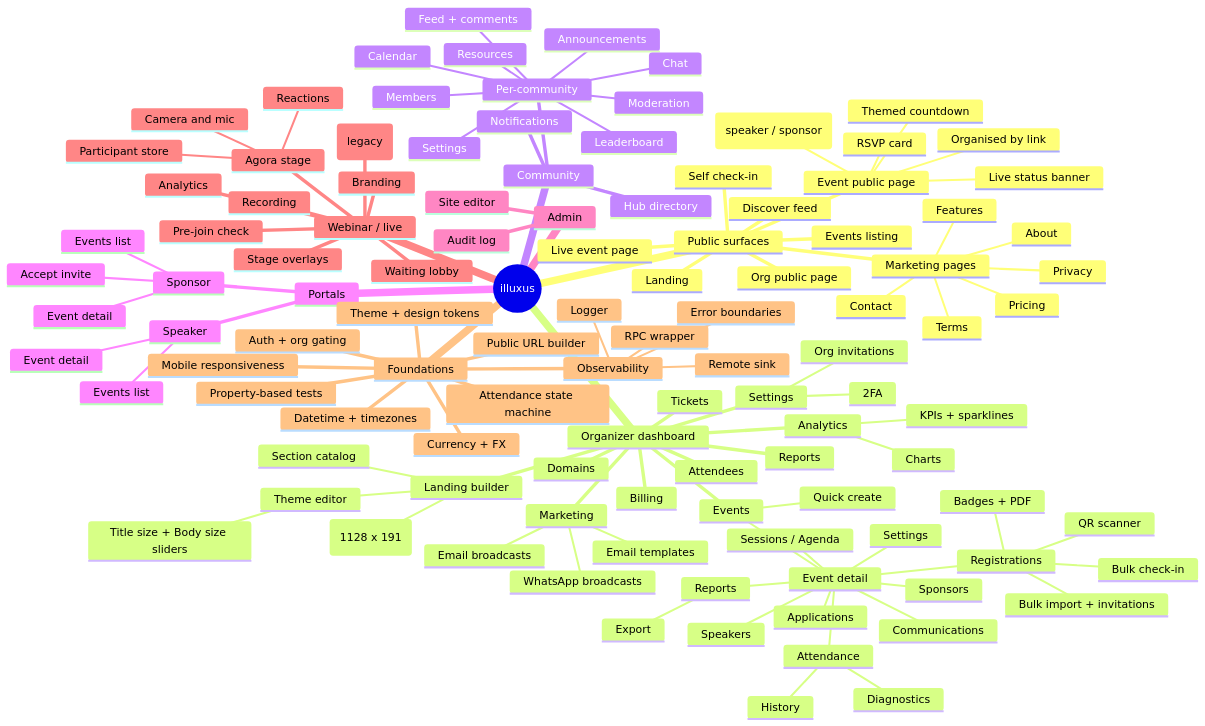
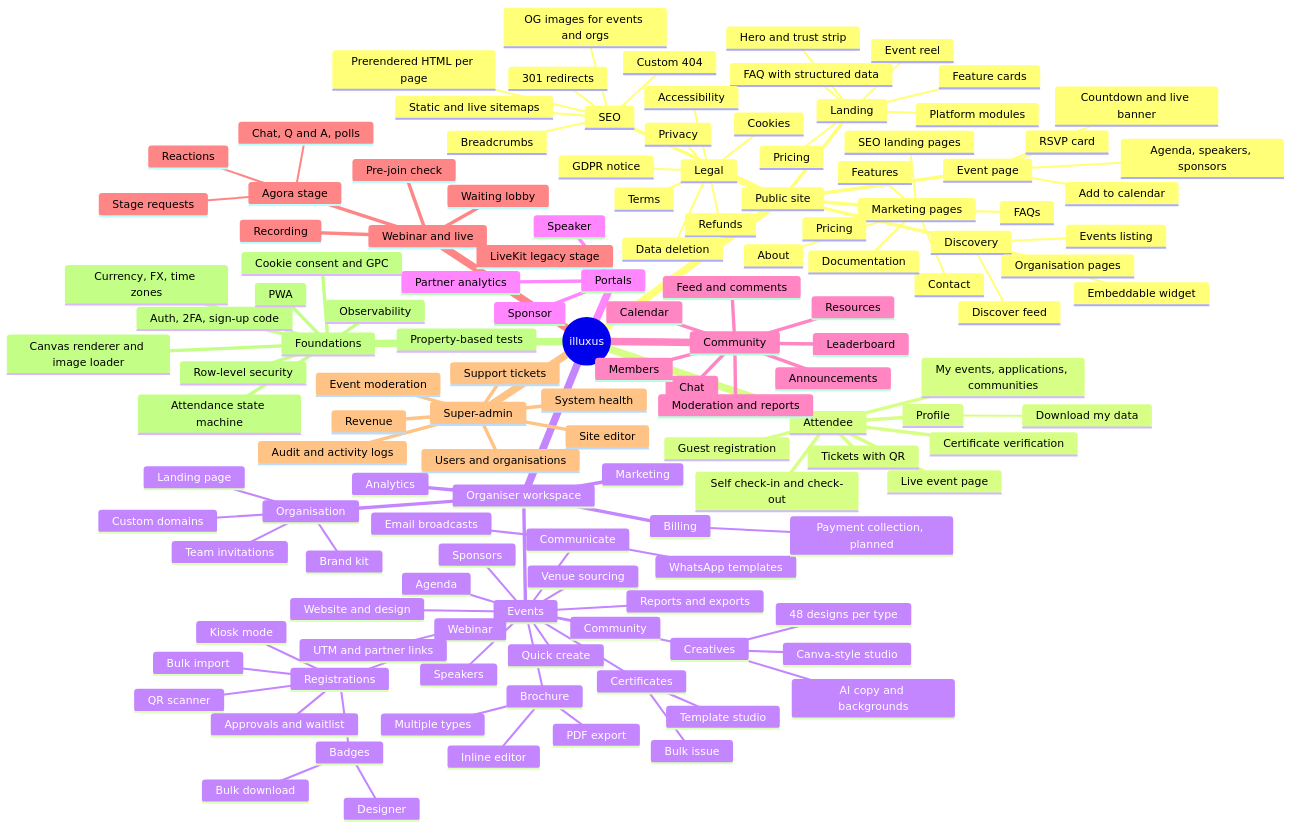
Before and after one commit to illuxus-bm/illuxus: the diagram in ROADMAP.md, drawn with Mermaid. The commit also changed other lines of this file and 17 other files, not shown here.

First line of the commit message:
feat: add data export functionality for user data download

````diff
--- a/ROADMAP.md
+++ b/ROADMAP.md
@@ -13,114 +15,137 @@
 ```mermaid
 mindmap
   root((illuxus))
-    Public surfaces
+    Public site
       Landing
-      Discover feed
-      Events listing
-      Org public page
-      Event public page
-        RSVP card
-        Organised by link
-        Quick views (speaker / sponsor)
-        Live status banner
-        Themed countdown
-      Self check-in
-      Live event page
+        Hero and trust strip
+        Feature cards
+        Platform modules
+        Event reel
+        Pricing
+        FAQ with structured data
       Marketing pages
         Features
         Pricing
         About
         Contact
+        FAQs
+        Documentation
+        SEO landing pages
+      Discovery
+        Discover feed
+        Events listing
+        Organisation pages
+        Embeddable widget
+      Event page
+        RSVP card
+        Agenda, speakers, sponsors
+        Countdown and live banner
+        Add to calendar
+      Legal
         Privacy
         Terms
-    Organizer dashboard
+        Cookies
+        Refunds
+        GDPR notice
+        Accessibility
+        Data deletion
+      SEO
+        Prerendered HTML per page
+        Static and live sitemaps
+        301 redirects
+        OG images for events and orgs
+        Breadcrumbs
+        Custom 404
+    Attendee
+      Guest registration
+      Tickets with QR
+      Self check-in and check-out
+      Live event page
+      Profile
+        Download my data
+      My events, applications, communities
+      Certificate verification
+    Organiser workspace
       Events
         Quick create
-        Event detail
-          Settings
-          Sessions / Agenda
-          Speakers
-          Sponsors
-          Communications
-          Applications
-          Registrations
-            QR scanner
-            Bulk check-in
-            Badges + PDF
-            Bulk import + invitations
-          Attendance
-            Diagnostics
-            History
-          Reports
-            Export
-      Attendees
-      Tickets
+        Website and design
+        Agenda
+        Speakers
+        Sponsors
+        Venue sourcing
+        Registrations
+          Approvals and waitlist
+          QR scanner
+          Kiosk mode
+          Badges
+            Designer
+            Bulk download
+          Bulk import
+        Communicate
+          Email broadcasts
+          WhatsApp templates
+        Webinar
+        Community
+        Creatives
+          Canva-style studio
+          48 designs per type
+          AI copy and backgrounds
+        Brochure
+          Multiple types
+          Inline editor
+          PDF export
+        Certificates
+          Template studio
+          Bulk issue
+        UTM and partner links
+        Reports and exports
+      Organisation
+        Brand kit
+        Team invitations
+        Landing page
+        Custom domains
       Analytics
-        KPIs + sparklines
-        Charts
       Marketing
-        Email broadcasts
-        Email templates
-        WhatsApp broadcasts
-      Landing builder
-        Theme editor
-          Title size + Body size sliders
-        Section catalog
-        Cover banner (1128 x 191)
-      Domains
-      Reports
-      Settings
-        Org invitations
-        2FA
       Billing
-    Community
-      Hub directory
-      Per-community
-        Feed + comments
-        Members
-        Announcements
-        Calendar
-        Resources
-        Chat
-        Leaderboard
-        Moderation
-        Settings
-      Notifications
+        Payment collection, planned
     Portals
       Speaker
-        Events list
-        Event detail
       Sponsor
-        Events list
-        Event detail
-        Accept invite
-    Admin
+      Partner analytics
+    Community
+      Feed and comments
+      Chat
+      Announcements
+      Calendar
+      Resources
+      Members
+      Leaderboard
+      Moderation and reports
+    Webinar and live
+      Agora stage
+        Chat, Q and A, polls
+        Reactions
+        Stage requests
+      Waiting lobby
+      Pre-join check
+      Recording
+      LiveKit legacy stage
+    Super-admin
       Site editor
-      Audit log
-    Webinar / live
-      Agora stage
-        Camera and mic
-        Reactions
-        Participant store
-      LiveKit stage (legacy)
-      Pre-join check
-      Waiting lobby
-      Stage overlays
-      Branding
-      Analytics
-      Recording
+      Users and organisations
+      Event moderation
+      Revenue
+      System health
+      Audit and activity logs
+      Support tickets
     Foundations
       Observability
-        Logger
-        RPC wrapper
-        Error boundaries
-        Remote sink
-      Auth + org gating
-      Theme + design tokens
-      Currency + FX
-      Datetime + timezones
+      Row-level security
+      Auth, 2FA, sign-up code
+      Cookie consent and GPC
       Attendance state machine
+      Canvas renderer and image loader
+      Currency, FX, time zones
+      PWA
       Property-based tests
-      Public URL builder
-      Mobile responsiveness
 ```
````
